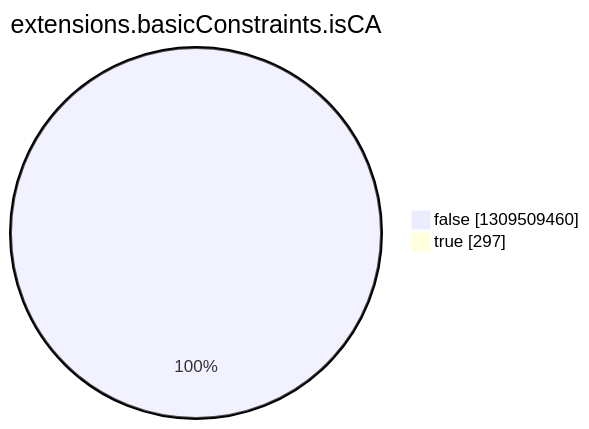
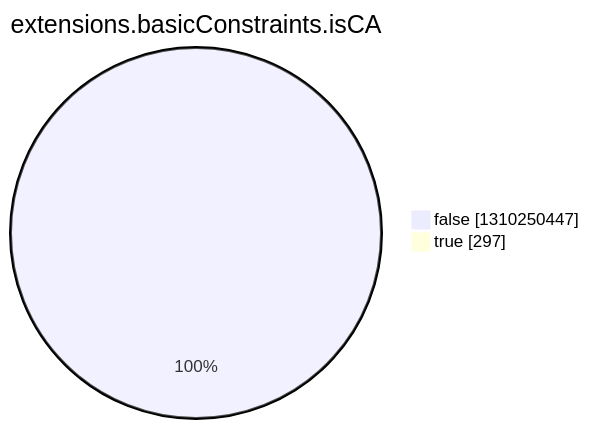
The eighth of 15 diagrams in argon2022/README.md (christiankrug/ctmonitor_visualization), drawn with Mermaid before and after one commit. The commit also changed other lines of this file, not shown here.

````diff
--- a/argon2022/README.md
+++ b/argon2022/README.md
@@ -2757,6 +2758,6 @@
 ```mermaid
 pie showData
 title extensions.basicConstraints.isCA
-"false" :1309509460
+"false" :1310250447
 "true" :297
 ```
````
